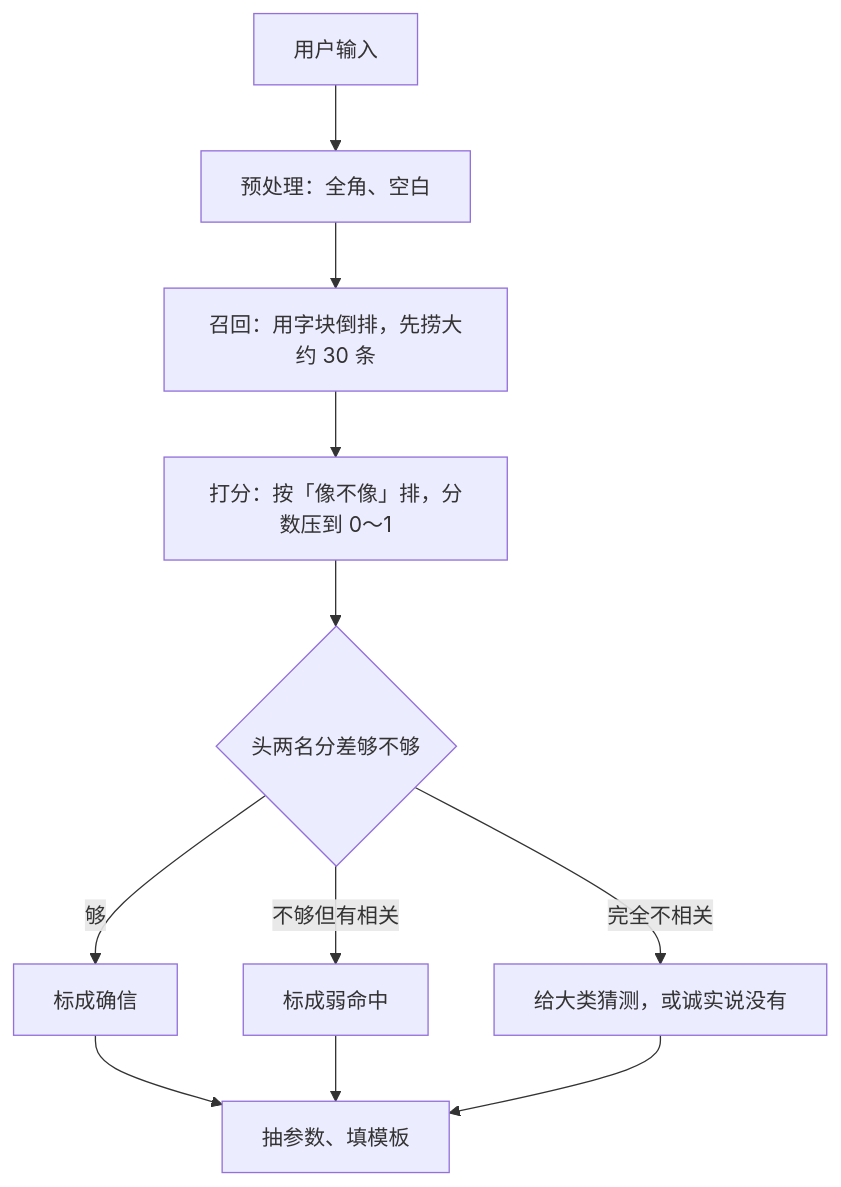
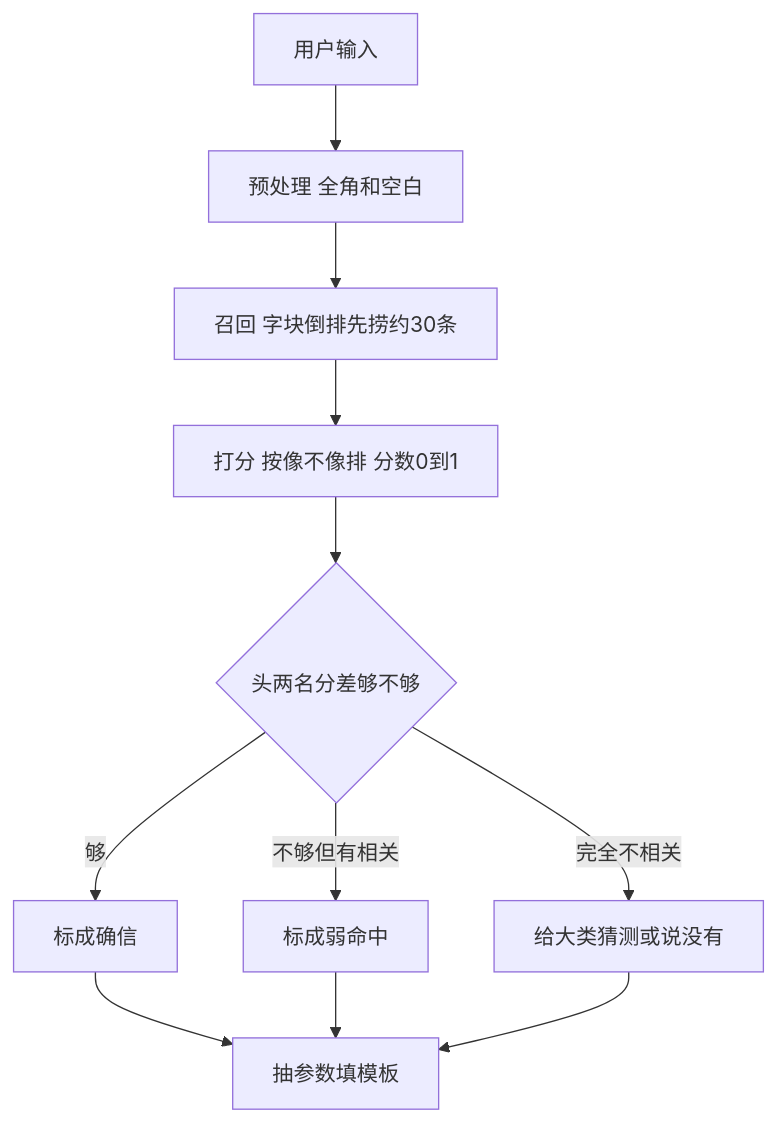
Before and after one commit to fat-dragon-AI/fat-dragon: the third of 4 diagrams in opus-rebuild/总体设计.md, drawn with Mermaid. The commit also changed other lines of this file, not shown here.

````diff
--- a/opus-rebuild/总体设计.md
+++ b/opus-rebuild/总体设计.md
@@ -77,13 +77,13 @@
 ```mermaid
 flowchart TB
-  A[用户输入] --> B[预处理：全角、空白]
-  B --> C[召回：用字块倒排，先捞大约 30 条]
-  C --> D[打分：按「像不像」排，分数压到 0～1]
-  D --> E{头两名分差够不够}
-  E -->|够| F[标成确信]
-  E -->|不够但有相关| G[标成弱命中]
-  E -->|完全不相关| H[给大类猜测，或诚实说没有]
-  F --> I[抽参数、填模板]
+  A["用户输入"] --> B["预处理 全角和空白"]
+  B --> C["召回 字块倒排先捞约30条"]
+  C --> D["打分 按像不像排 分数0到1"]
+  D --> E{"头两名分差够不够"}
+  E -->|够| F["标成确信"]
+  E -->|不够但有相关| G["标成弱命中"]
+  E -->|完全不相关| H["给大类猜测或说没有"]
+  F --> I["抽参数填模板"]
   G --> I
   H --> I
 ```
````
